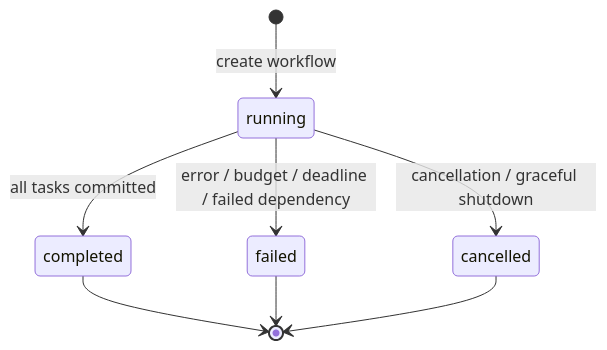
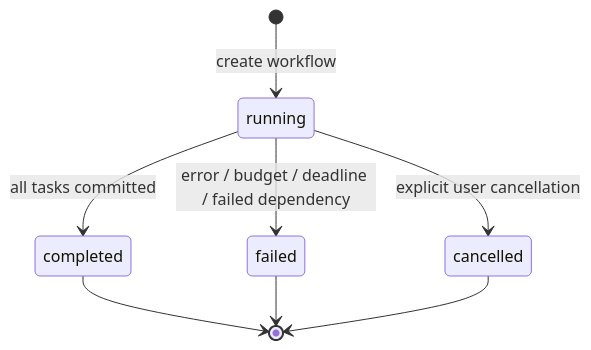
One commit to piyush-chopra/agentlatch changed the second of 3 diagrams in docs/low-level-design.md. Above: the diagram before and after it, drawn with Mermaid. The commit also changed other lines of this file and 14 other files, not shown here.

````diff
--- a/docs/low-level-design.md
+++ b/docs/low-level-design.md
@@ -73,10 +78,10 @@
 ```mermaid
 stateDiagram-v2
     [*] --> running: create workflow
     running --> completed: all tasks committed
     running --> failed: error / budget / deadline / failed dependency
-    running --> cancelled: cancellation / graceful shutdown
+    running --> cancelled: explicit user cancellation
     completed --> [*]
     failed --> [*]
     cancelled --> [*]
 ```
````
